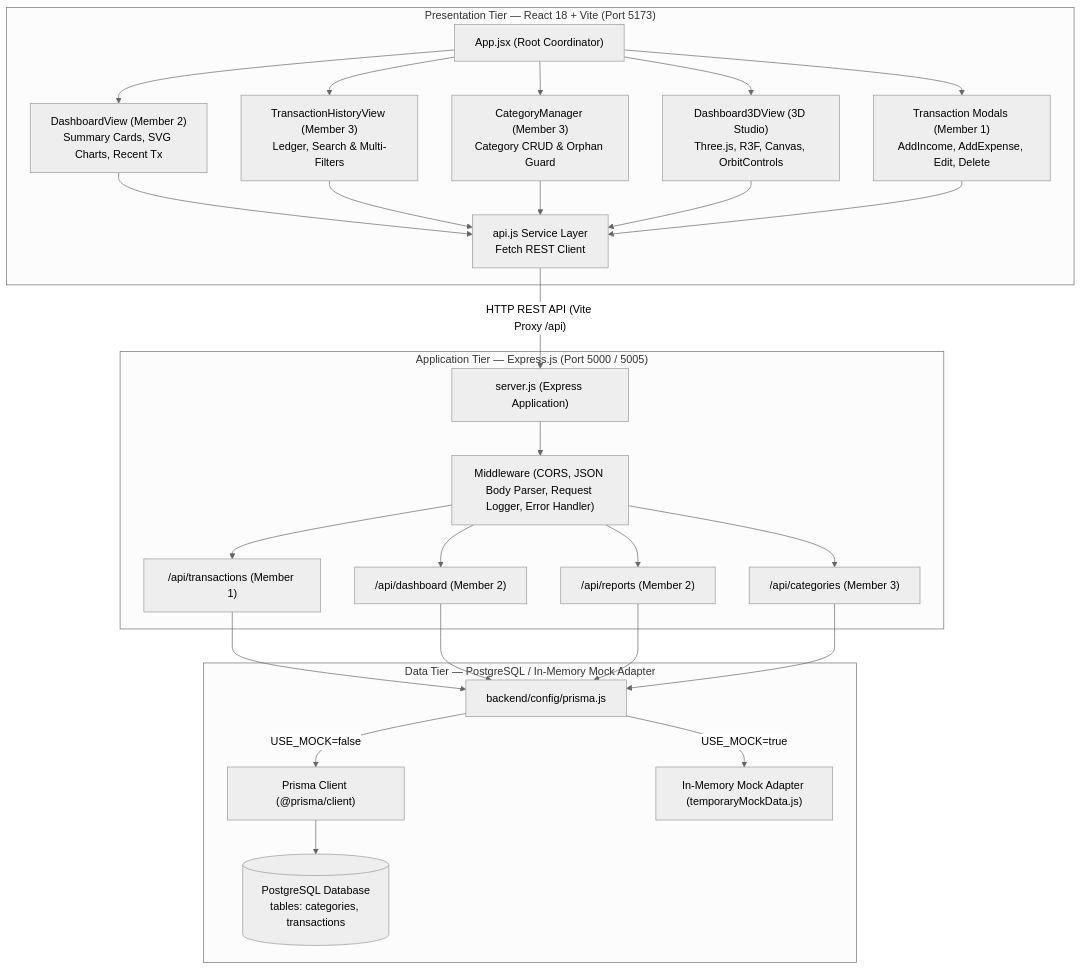
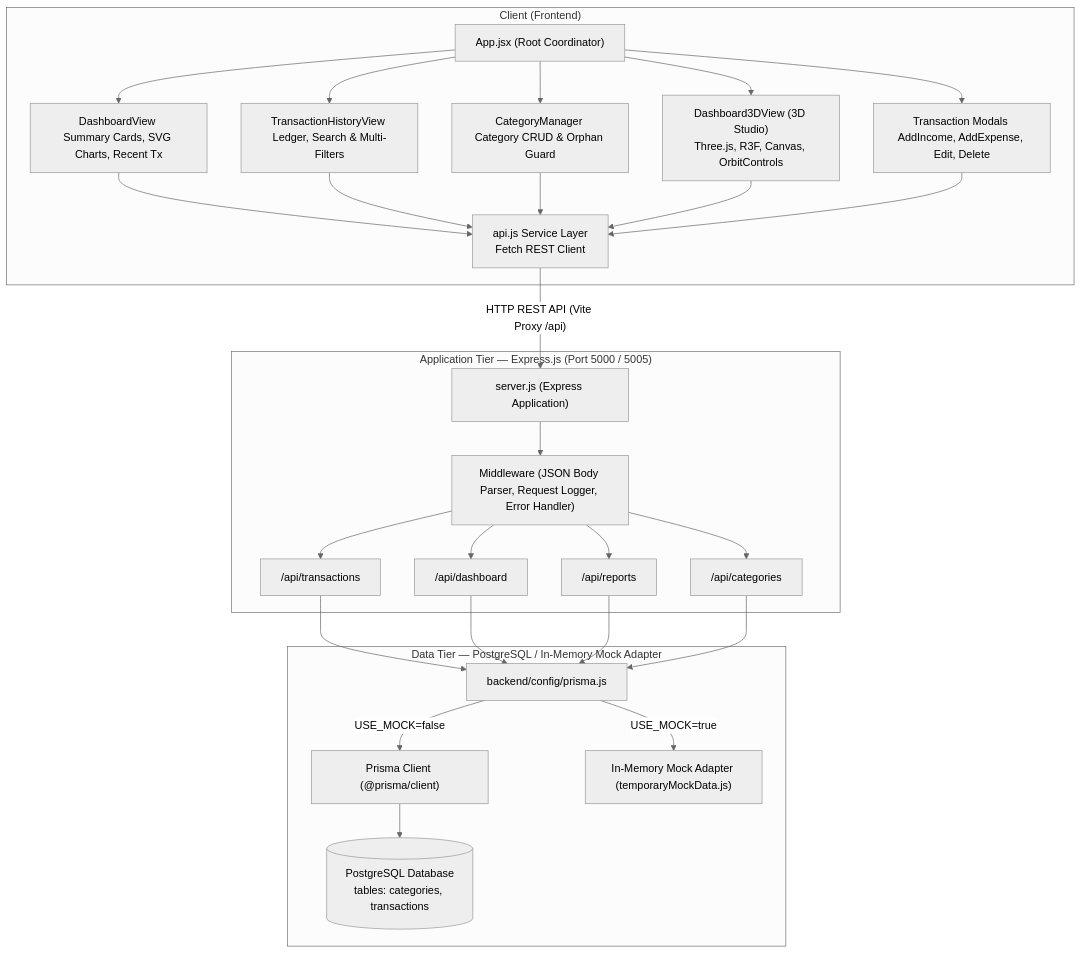
Before and after one commit to shreysaxena956/SpendWise: the first of 2 diagrams in README.md, drawn with Mermaid (neutral theme). The commit also changed other lines of this file, not shown here.

````diff
--- a/README.md
+++ b/README.md
@@ -157,55 +139,55 @@
 ```mermaid
 flowchart TD
-    subgraph Client["Presentation Tier — React 18 + Vite (Port 5173)"]
+    subgraph Client ["Client (Frontend)"]
         UI["App.jsx (Root Coordinator)"]
-        Tab1["DashboardView (Member 2)<br/>Summary Cards, SVG Charts, Recent Tx"]
-        Tab2["TransactionHistoryView (Member 3)<br/>Ledger, Search & Multi-Filters"]
-        Tab3["CategoryManager (Member 3)<br/>Category CRUD & Orphan Guard"]
+        Tab1["DashboardView <br/>Summary Cards, SVG Charts, Recent Tx"]
+        Tab2["TransactionHistoryView <br/>Ledger, Search & Multi-Filters"]
+        Tab3["CategoryManager <br/>Category CRUD & Orphan Guard"]
         Tab4["Dashboard3DView (3D Studio)<br/>Three.js, R3F, Canvas, OrbitControls"]
-        Modals["Transaction Modals (Member 1)<br/>AddIncome, AddExpense, Edit, Delete"]
+        Modals["Transaction Modals <br/>AddIncome, AddExpense, Edit, Delete"]
         Service["api.js Service Layer<br/>Fetch REST Client"]
 
         UI --> Tab1
         UI --> Tab2
         UI --> Tab3
         UI --> Tab4
         UI --> Modals
         Tab1 --> Service
         Tab2 --> Service
         Tab3 --> Service
         Tab4 --> Service
         Modals --> Service
     end
 
     subgraph Server["Application Tier — Express.js (Port 5000 / 5005)"]
         Entry["server.js (Express Application)"]
-        MW["Middleware (CORS, JSON Body Parser, Request Logger, Error Handler)"]
-        R1["/api/transactions (Member 1)"]
-        R2["/api/dashboard (Member 2)"]
-        R3["/api/reports (Member 2)"]
-        R4["/api/categories (Member 3)"]
+        MW["Middleware (JSON Body Parser, Request Logger, Error Handler)"]
+        R1["/api/transactions "]
+        R2["/api/dashboard "]
+        R3["/api/reports "]
+        R4["/api/categories "]
 
         Entry --> MW
         MW --> R1
         MW --> R2
         MW --> R3
         MW --> R4
     end
 
     subgraph DataTier["Data Tier — PostgreSQL / In-Memory Mock Adapter"]
         Config["backend/config/prisma.js"]
         RealPrisma["Prisma Client (@prisma/client)"]
         MockAdapter["In-Memory Mock Adapter (temporaryMockData.js)"]
         PostgresDB[("PostgreSQL Database<br/>tables: categories, transactions")]
 
         R1 --> Config
         R2 --> Config
         R3 --> Config
         R4 --> Config
         Config -->|"USE_MOCK=false"| RealPrisma
         Config -->|"USE_MOCK=true"| MockAdapter
         RealPrisma --> PostgresDB
     end
 
     Service -->|"HTTP REST API (Vite Proxy /api)"| Entry
 ```
````
